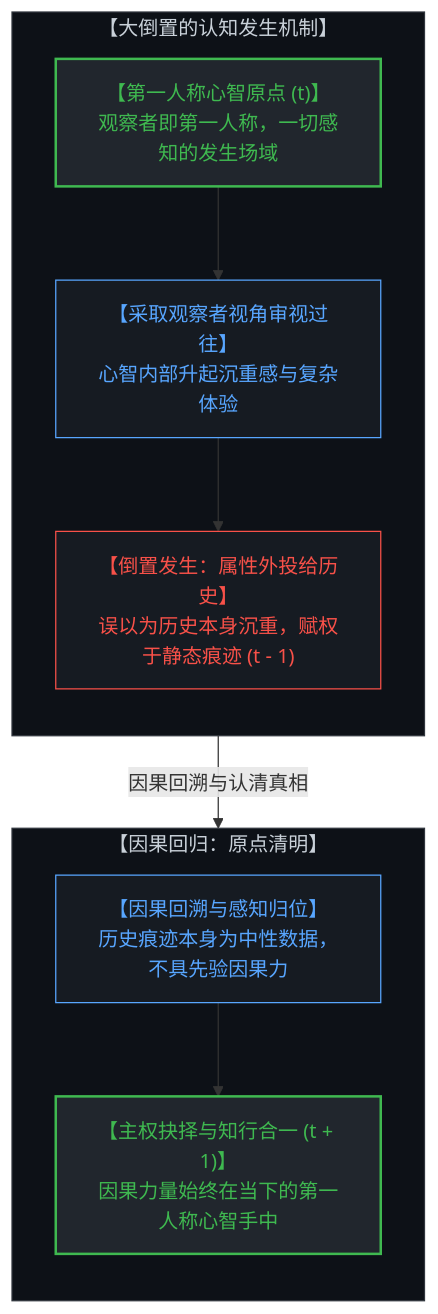
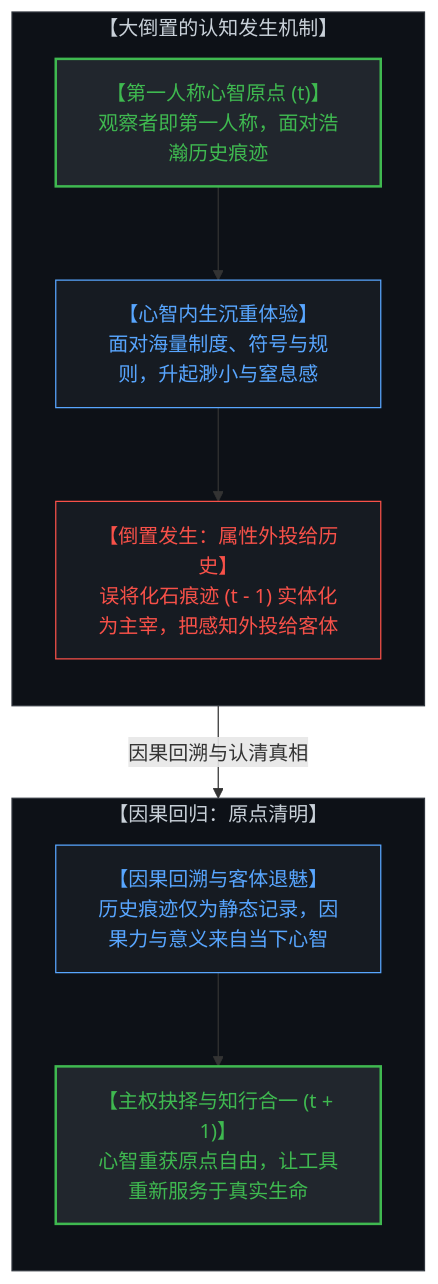
Before and after one commit to powerpig99/not-a-toe: the first of 16 diagrams in content/posts/the-dissolution-of-the-great-reversal.md, drawn with Mermaid. The commit also changed other lines of this file and 4 other files, not shown here.

````diff
--- a/content/posts/the-dissolution-of-the-great-reversal.md
+++ b/content/posts/the-dissolution-of-the-great-reversal.md
@@ -15,28 +25,28 @@
 ```mermaid
 graph TD
     subgraph TracingReversal["【大倒置的认知发生机制】"]
         direction TB
-        ConsciousOrigin["【第一人称心智原点 (t)】<br>观察者即第一人称，一切感知的发生场域"]
-        ObserverStance["【采取观察者视角审视过往】<br>心智内部升起沉重感与复杂体验"]
-        ProjectionInversion["【倒置发生：属性外投给历史】<br>误以为历史本身沉重，赋权于静态痕迹 (t - 1)"]
-        ConsciousOrigin --> ObserverStance
-        ObserverStance --> ProjectionInversion
+        ConsciousOrigin["【第一人称心智原点 (t)】<br>观察者即第一人称，面对浩瀚历史痕迹"]
+        InternalHeaviness["【心智内生沉重体验】<br>面对海量制度、符号与规则，升起渺小与窒息感"]
+        ProjectionInversion["【倒置发生：属性外投给历史】<br>误将化石痕迹 (t - 1) 实体化为主宰，把感知外投给客体"]
+        ConsciousOrigin --> InternalHeaviness
+        InternalHeaviness --> ProjectionInversion
     end
 
     subgraph CausalClarity["【因果回归：原点清明】"]
         direction TB
-        TraceDemystification["【因果回溯与感知归位】<br>历史痕迹本身为中性数据，不具先验因果力"]
-        SovereignAgency["【主权抉择与知行合一 (t + 1)】<br>因果力量始终在当下的第一人称心智手中"]
+        TraceDemystification["【因果回溯与客体退魅】<br>历史痕迹仅为静态记录，因果力与意义来自当下心智"]
+        SovereignAgency["【主权抉择与知行合一 (t + 1)】<br>心智重获原点自由，让工具重新服务于真实生命"]
         TraceDemystification --> SovereignAgency
     end
 
     ProjectionInversion -->|"因果回溯与认清真相"| TraceDemystification
 
     style TracingReversal fill:#0d1117,stroke:#30363d,stroke-width:1px,color:#c9d1d9
     style ConsciousOrigin fill:#21262d,stroke:#3fb950,stroke-width:2px,color:#3fb950
-    style ObserverStance fill:#161b22,stroke:#58a6ff,stroke-width:1px,color:#58a6ff
+    style InternalHeaviness fill:#161b22,stroke:#58a6ff,stroke-width:1px,color:#58a6ff
     style ProjectionInversion fill:#161b22,stroke:#f85149,stroke-width:1px,color:#f85149
     style CausalClarity fill:#0d1117,stroke:#30363d,stroke-width:1px,color:#c9d1d9
     style TraceDemystification fill:#161b22,stroke:#58a6ff,stroke-width:1px,color:#58a6ff
     style SovereignAgency fill:#21262d,stroke:#3fb950,stroke-width:2px,color:#3fb950
 ```
````
